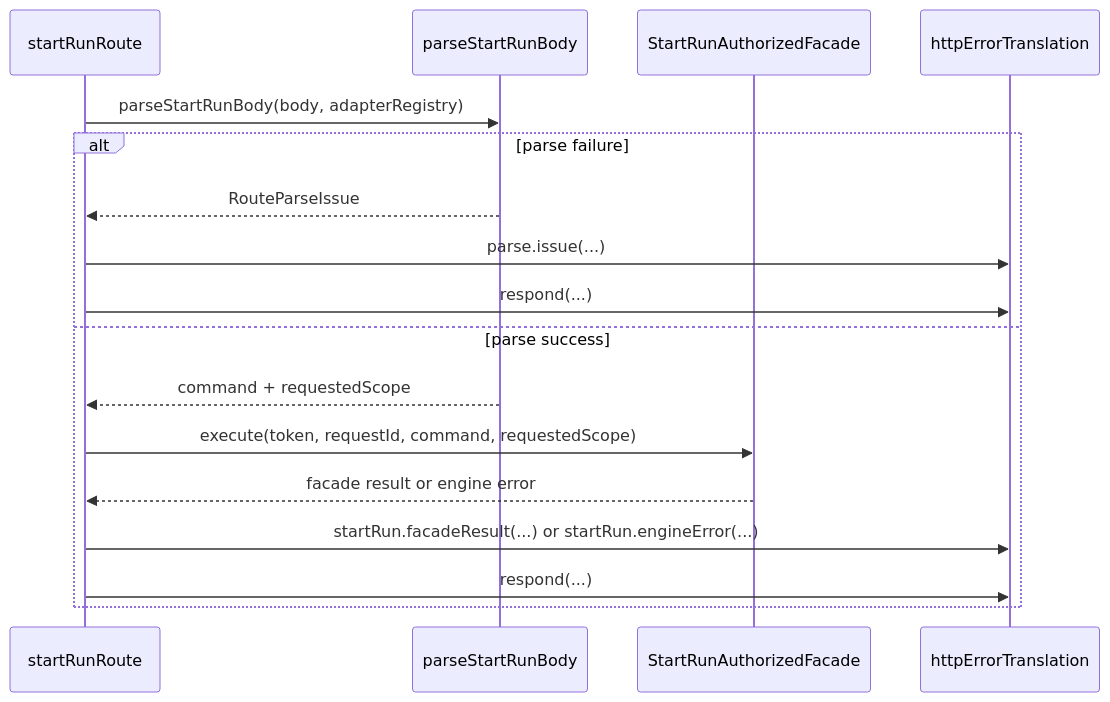
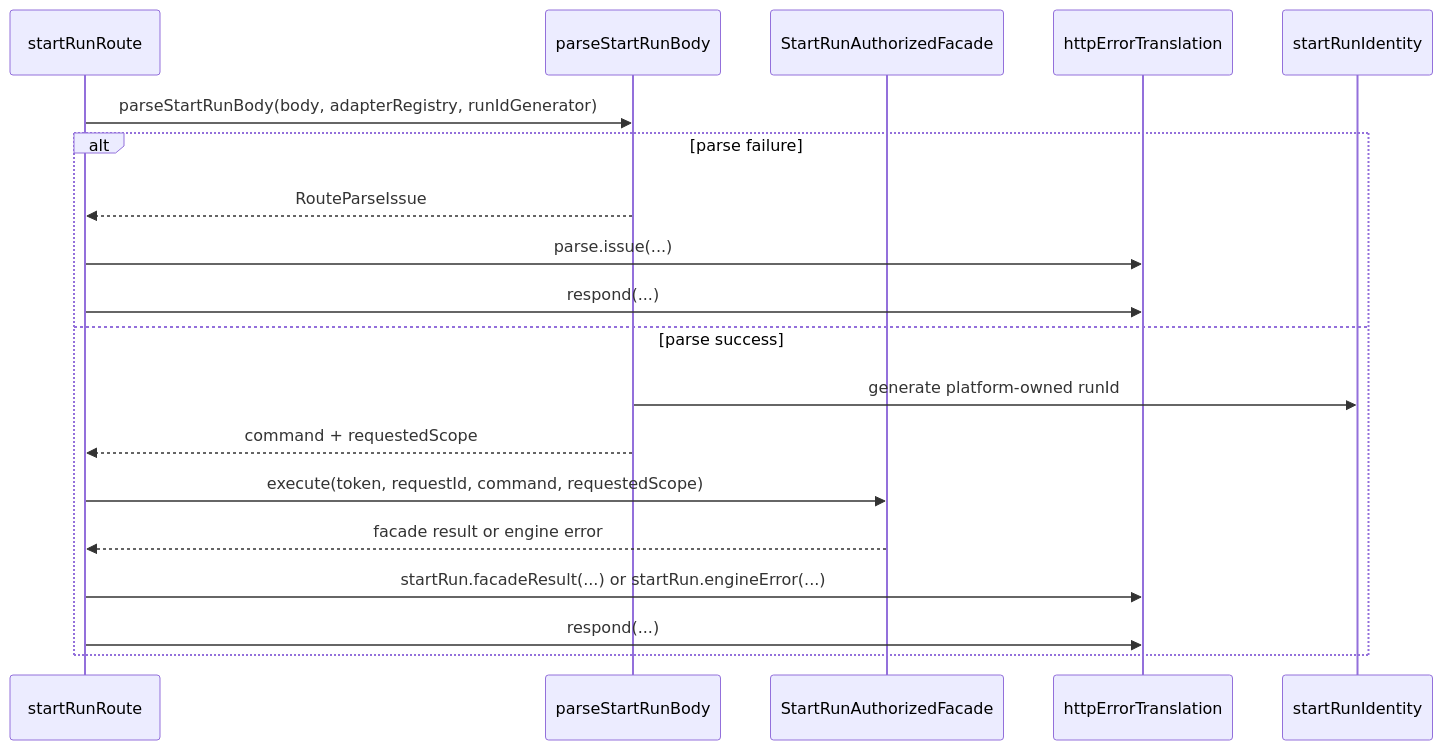
Before and after one commit to dunay2/dvt: the third of 3 diagrams in apps/api/docs/start-run-http-entrypoint-component.md, drawn with Mermaid. The commit also changed other lines of this file and 43 other files, not shown here.

Commit message:
fix(api): Prevent client-authored start-run identity

````diff
--- a/apps/api/docs/start-run-http-entrypoint-component.md
+++ b/apps/api/docs/start-run-http-entrypoint-component.md
@@ -79,20 +125,23 @@
 ```mermaid
 sequenceDiagram
   participant Route as startRunRoute
   participant Parser as parseStartRunBody
   participant Facade as StartRunAuthorizedFacade
   participant Errors as httpErrorTranslation
 
-  Route->>Parser: parseStartRunBody(body, adapterRegistry)
+  participant Identity as startRunIdentity
+
+  Route->>Parser: parseStartRunBody(body, adapterRegistry, runIdGenerator)
   alt parse failure
     Parser-->>Route: RouteParseIssue
     Route->>Errors: parse.issue(...)
     Route->>Errors: respond(...)
   else parse success
+    Parser->>Identity: generate platform-owned runId
     Parser-->>Route: command + requestedScope
     Route->>Facade: execute(token, requestId, command, requestedScope)
     Facade-->>Route: facade result or engine error
     Route->>Errors: startRun.facadeResult(...) or startRun.engineError(...)
     Route->>Errors: respond(...)
   end
 ```
````
